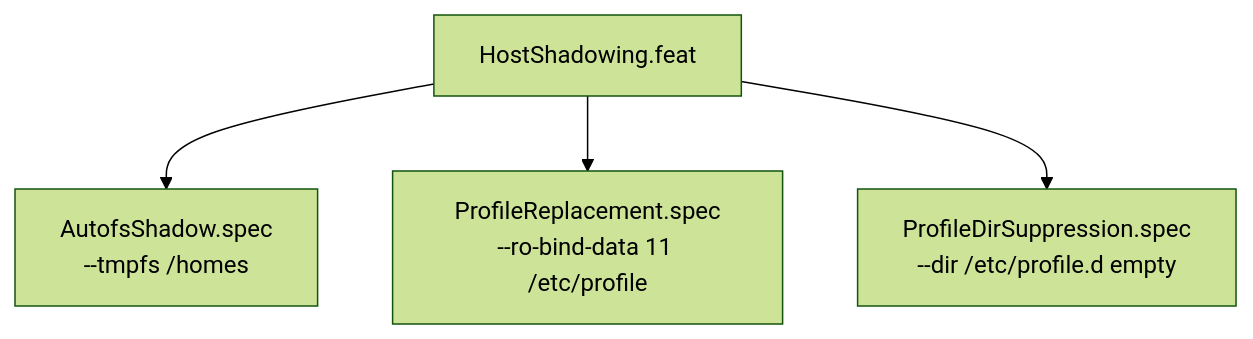
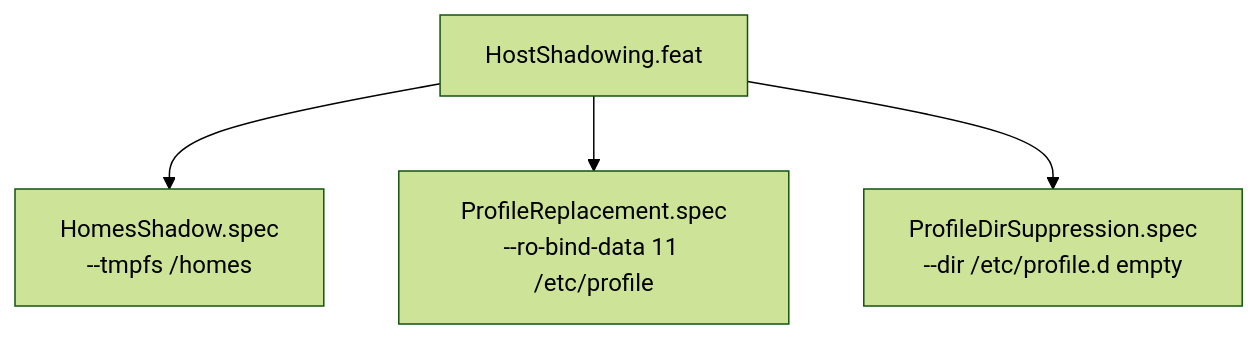
One commit to hanasaki/hanaden-bwrap-enhanced changed the diagram in PROJECT_HOME/docs/architecture-design-features-specs/BwrapEnhanced2026.strat/UncontainedAgentExecution.driv/NamespaceIsolatedSandbox.moti/HostShadowing.feat/20260816-182145-HostShadowing.feat-0.0.1.md. Above: the diagram before and after it, drawn with Mermaid (forest theme). The commit also changed other lines of this file and 63 other files, not shown here.

````diff
--- a/PROJECT_HOME/docs/architecture-design-features-specs/BwrapEnhanced2026.strat/UncontainedAgentExecution.driv/NamespaceIsolatedSandbox.moti/HostShadowing.feat/20260816-182145-HostShadowing.feat-0.0.1.md
+++ b/PROJECT_HOME/docs/architecture-design-features-specs/BwrapEnhanced2026.strat/UncontainedAgentExecution.driv/NamespaceIsolatedSandbox.moti/HostShadowing.feat/20260816-182145-HostShadowing.feat-0.0.1.md
@@ -28,7 +28,7 @@
 ```mermaid
 graph TD
     F[HostShadowing.feat]
-    F --> AFS[AutofsShadow.spec\n--tmpfs /homes]
+    F --> HS[HomesShadow.spec\n--tmpfs /homes]
     F --> PR[ProfileReplacement.spec\n--ro-bind-data 11 /etc/profile]
     F --> PDS[ProfileDirSuppression.spec\n--dir /etc/profile.d empty]
 ```
````
